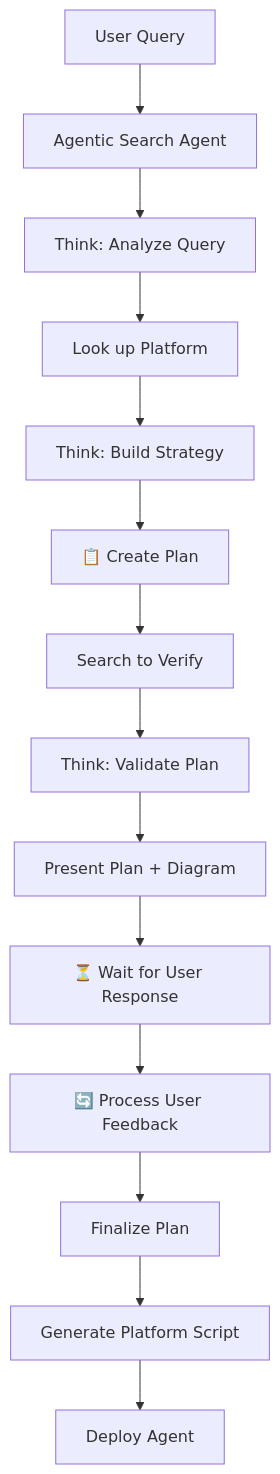
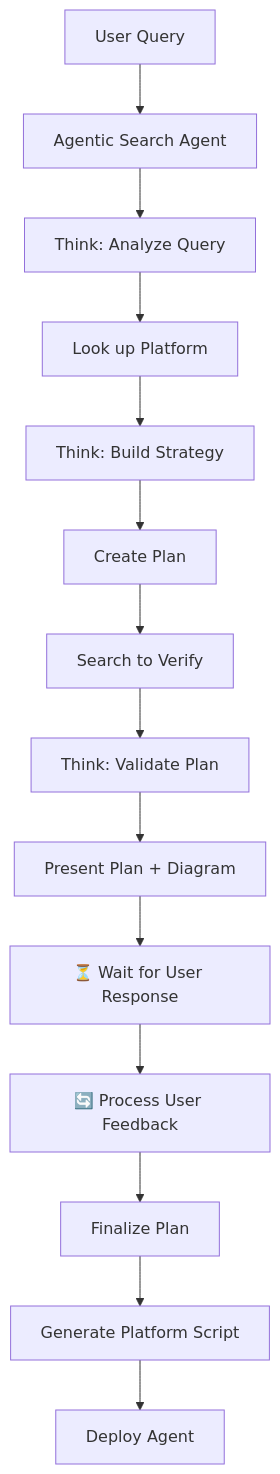
The diagram in plan.md (MikePfunk28/strandsagents), drawn with Mermaid before and after one commit. The commit also changed other lines of this file and 127 other files, not shown here.

````diff
--- a/plan.md
+++ b/plan.md
@@ -8,16 +8,16 @@
 ```mermaid
 graph TB
     User[User Query] --> AgenticSearch[Agentic Search Agent]
     AgenticSearch --> Think1[ Think: Analyze Query]
     Think1 --> PlatformLookup[ Look up Platform]
     PlatformLookup --> Think2[ Think: Build Strategy]
-    Think2 --> CreatePlan[📋 Create Plan]
+    Think2 --> CreatePlan[ Create Plan]
     CreatePlan --> SearchVerify[ Search to Verify]
     SearchVerify --> Think3[ Think: Validate Plan]
     Think3 --> PresentPlan[ Present Plan + Diagram]
     PresentPlan --> WaitResponse[⏳ Wait for User Response]
     WaitResponse --> ProcessFeedback[🔄 Process User Feedback]
     ProcessFeedback --> FinalizePlan[ Finalize Plan]
     FinalizePlan --> GenerateScript[ Generate Platform Script]
     GenerateScript --> DeployAgent[ Deploy Agent]
 ```
````
